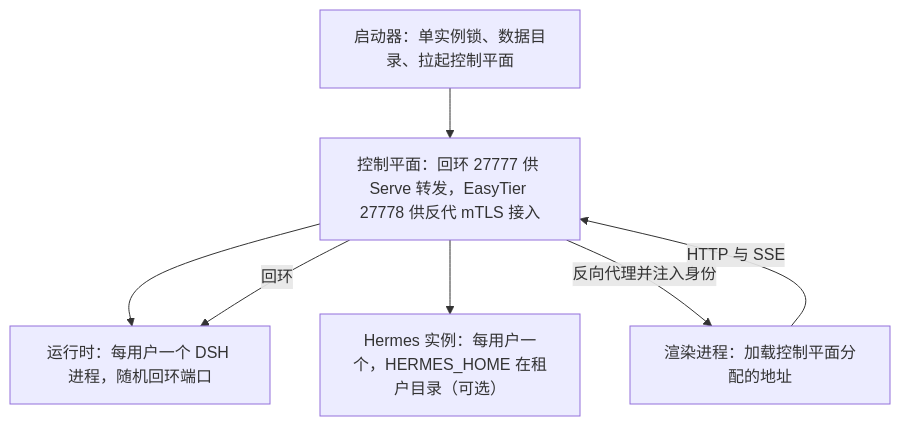
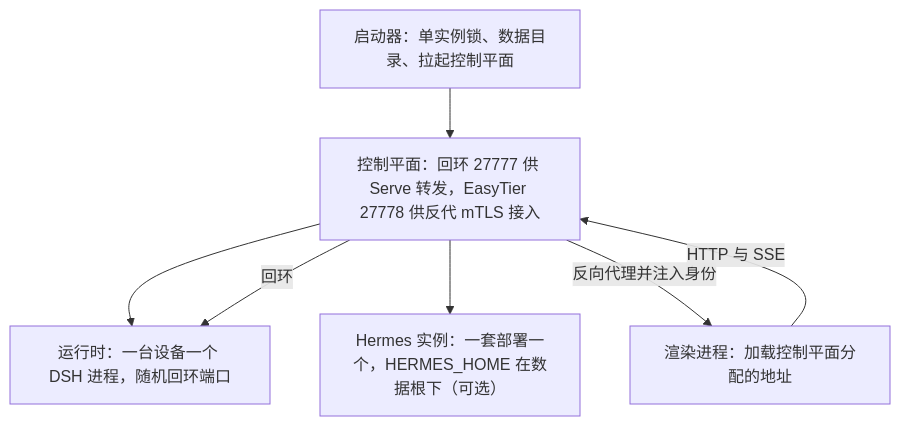
Before and after one commit to wenzetan/chatdsh: the first of 3 diagrams in runtime/docs/desktop-mobile.md, drawn with Mermaid. The commit also changed other lines of this file and 36 other files, not shown here.

````diff
--- a/runtime/docs/desktop-mobile.md
+++ b/runtime/docs/desktop-mobile.md
@@ -23,14 +25,14 @@
 ```mermaid
 flowchart TB
   LAUNCH["启动器：单实例锁、数据目录、拉起控制平面"]
   CTRL["控制平面：回环 27777 供 Serve 转发，EasyTier 27778 供反代 mTLS 接入"]
-  RUN["运行时：每用户一个 DSH 进程，随机回环端口"]
+  RUN["运行时：一台设备一个 DSH 进程，随机回环端口"]
   RENDER["渲染进程：加载控制平面分配的地址"]
-  HERMES["Hermes 实例：每用户一个，HERMES_HOME 在租户目录（可选）"]
+  HERMES["Hermes 实例：一套部署一个，HERMES_HOME 在数据根下（可选）"]
   LAUNCH --> CTRL
   CTRL --> RUN
   CTRL --> HERMES
   CTRL -->|反向代理并注入身份| RENDER
   RENDER -->|HTTP 与 SSE| CTRL
   CTRL -->|回环| RUN
 ```
````
